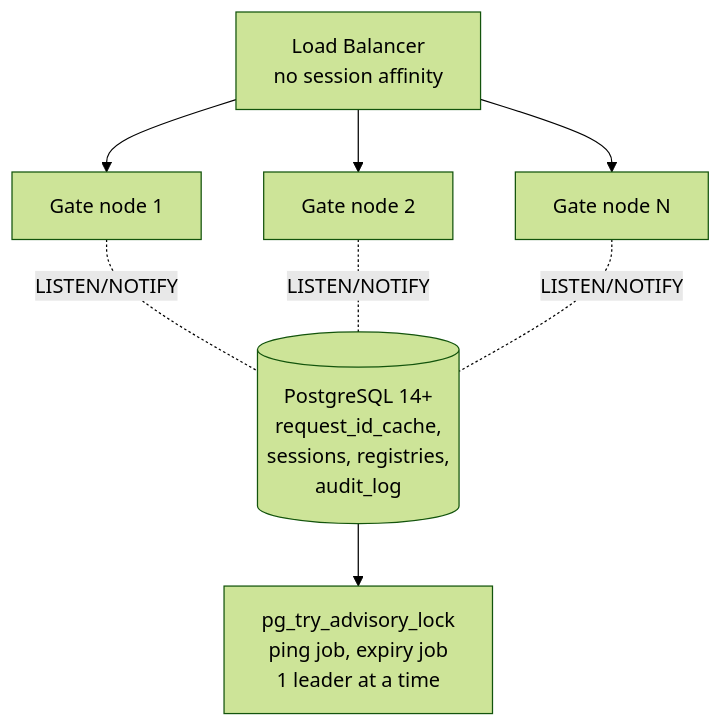
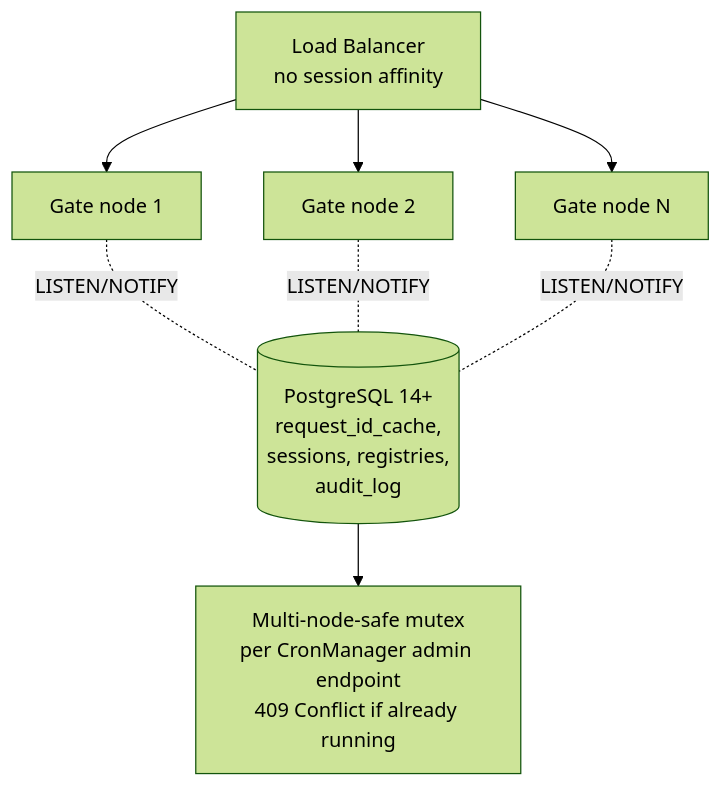
The diagram in docs/epics/epic_12_en.md (kemit-ee/efti-gate-ee), drawn with Mermaid (forest theme) before and after one commit. The commit also changed other lines of this file and 32 other files, not shown here.

First line of the commit message:
spec: principle — contract not code; strip SQL queries from non-schema files; declare break-glass + revoke-token contracts

````diff
--- a/docs/epics/epic_12_en.md
+++ b/docs/epics/epic_12_en.md
@@ -15,11 +15,11 @@
 ```mermaid
 graph TD
     LB[Load Balancer<br/>no session affinity]
     LB --> N1[Gate node 1]
     LB --> N2[Gate node 2]
     LB --> N3[Gate node N]
     N1 -.LISTEN/NOTIFY.- DB[(PostgreSQL 14+<br/>request_id_cache,<br/>sessions, registries,<br/>audit_log)]
     N2 -.LISTEN/NOTIFY.- DB
     N3 -.LISTEN/NOTIFY.- DB
-    DB --> Lock[pg_try_advisory_lock<br/>ping job, expiry job<br/>1 leader at a time]
+    DB --> Lock[Multi-node-safe mutex<br/>per CronManager admin endpoint<br/>409 Conflict if already running]
 ```
````
